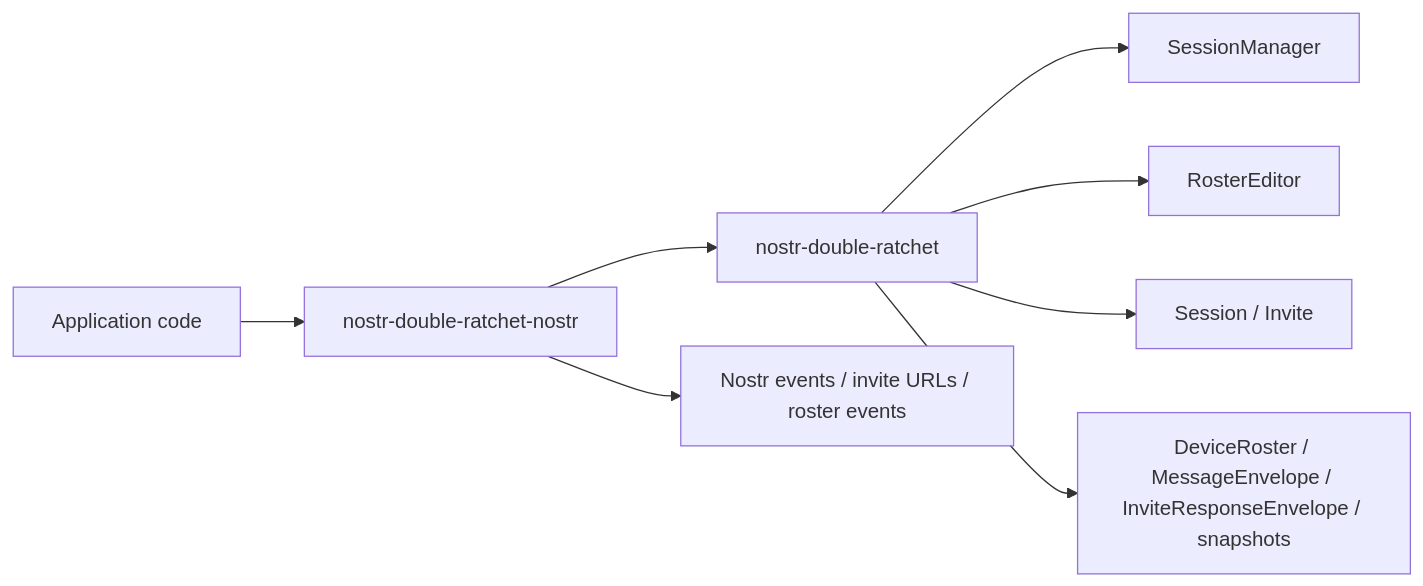
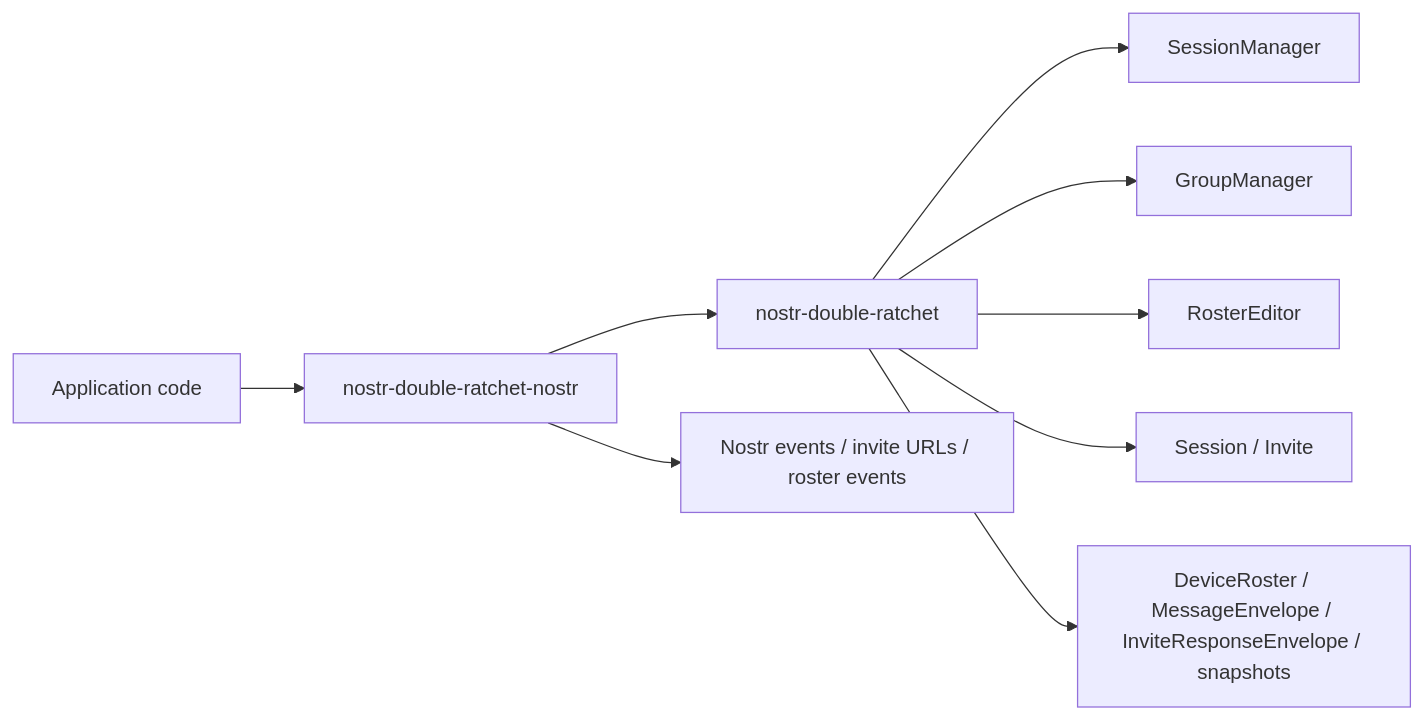
The first of 3 diagrams in README.md (lauri000/nostr-double-ratchet), drawn with Mermaid before and after one commit. The commit also changed other lines of this file and 10 other files, not shown here.

Commit message:
Add pairwise-fanout group manager

````diff
--- a/README.md
+++ b/README.md
@@ -37,12 +39,13 @@
 ```mermaid
 flowchart LR
   App["Application code"] --> Adapter["nostr-double-ratchet-nostr"]
   Adapter --> Core["nostr-double-ratchet"]
 
   Core --> SM["SessionManager"]
+  Core --> GM["GroupManager"]
   Core --> RE["RosterEditor"]
   Core --> Low["Session / Invite"]
   Core --> Types["DeviceRoster / MessageEnvelope / InviteResponseEnvelope / snapshots"]
 
   Adapter --> Nostr["Nostr events / invite URLs / roster events"]
 ```
````
